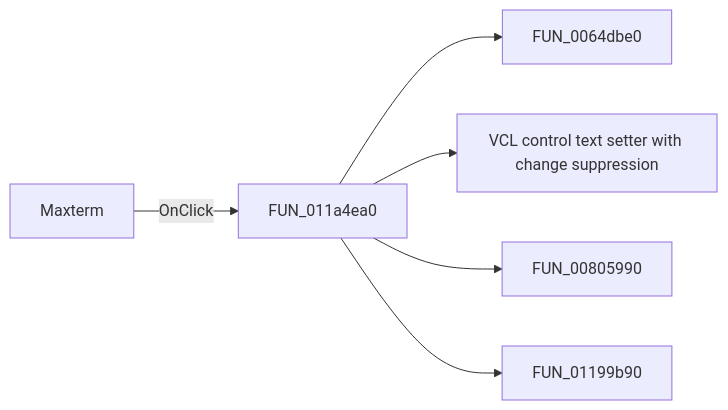
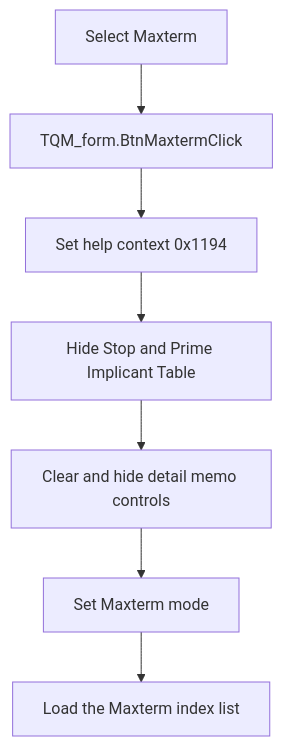
One commit to MovGP0/TIARA changed the diagram in docs/ui-controls/qm-form/btnmaxterm-27d2739455.md. Above: the diagram before and after it, drawn with Mermaid. The commit also changed other lines of this file and 1062 other files, not shown here.

````diff
--- a/docs/ui-controls/qm-form/btnmaxterm-27d2739455.md
+++ b/docs/ui-controls/qm-form/btnmaxterm-27d2739455.md
@@ -27,8 +29,9 @@
 ```mermaid
-flowchart LR
-    control["Maxterm"] -->|OnClick| handler["FUN_011a4ea0"]
-    handler --> call1["FUN_0064dbe0"]
-    handler --> call2["VCL control text setter with change suppression"]
-    handler --> call3["FUN_00805990"]
-    handler --> call4["FUN_01199b90"]
+flowchart TD
+    control["Select Maxterm"] --> handler["TQM_form.BtnMaxtermClick"]
+    handler --> context["Set help context 0x1194"]
+    context --> hide["Hide Stop and Prime Implicant Table"]
+    hide --> reset["Clear and hide detail memo controls"]
+    reset --> mode["Set Maxterm mode"]
+    mode --> input["Load the Maxterm index list"]
 ```
````
